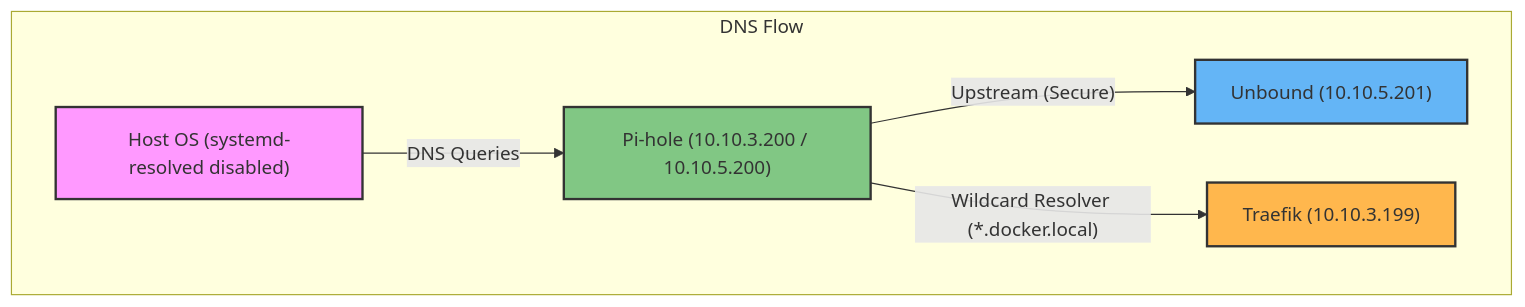
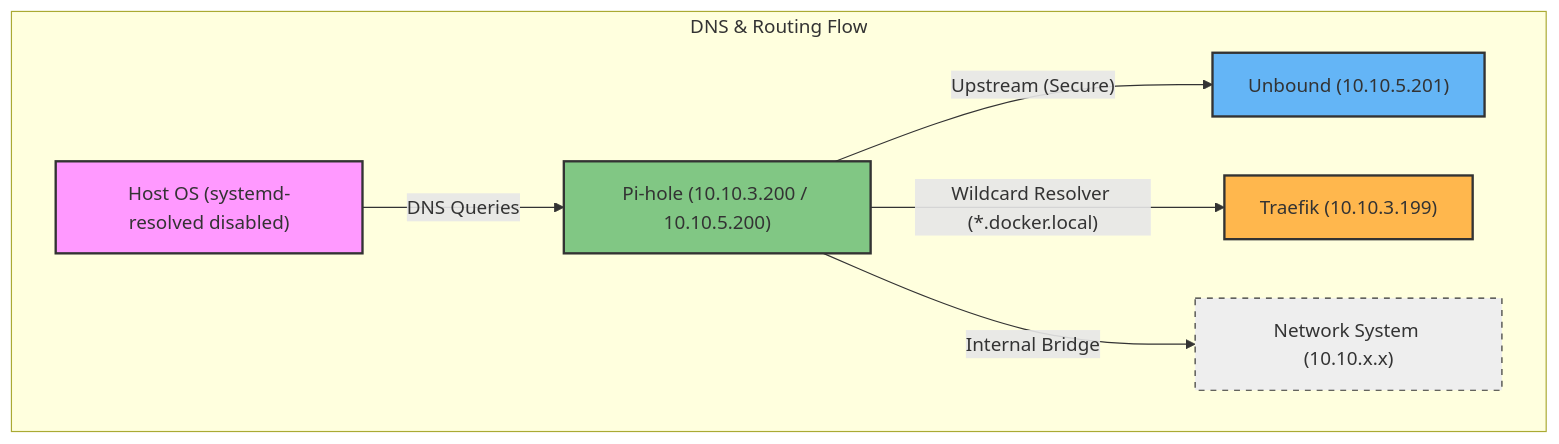
Before and after one commit to luisdanielta/container-system: the diagram in secure/pihole/README.md, drawn with Mermaid. The commit also changed other lines of this file, not shown here.

Commit message:
docs: Clarify Pi-hole's network integration with the shared infrastructure, detailing IP assignments, and updating the architecture diagram and descriptions.

````diff
--- a/secure/pihole/README.md
+++ b/secure/pihole/README.md
@@ -9,18 +9,21 @@
 ```mermaid
 graph TD
     OS["Host OS (systemd-resolved disabled)"]
     PiH["Pi-hole (10.10.3.200 / 10.10.5.200)"]
     Unb["Unbound (10.10.5.201)"]
     Trf["Traefik (10.10.3.199)"]
+    Net["Network System (10.10.x.x)"]
     
-    subgraph "DNS Flow"
+    subgraph "DNS & Routing Flow"
         OS -- "DNS Queries" --> PiH
         PiH -- "Upstream (Secure)" --> Unb
         PiH -- "Wildcard Resolver (*.docker.local)" --> Trf
+        PiH -- "Internal Bridge" --> Net
     end
 
     style OS fill:#f9f,stroke:#333,stroke-width:2px
     style PiH fill:#81c784,stroke:#333,stroke-width:2px
     style Unb fill:#64b5f6,stroke:#333,stroke-width:2px
     style Trf fill:#ffb74d,stroke:#333,stroke-width:2px
+    style Net fill:#eee,stroke:#333,stroke-dasharray: 5 5
 ```
````
